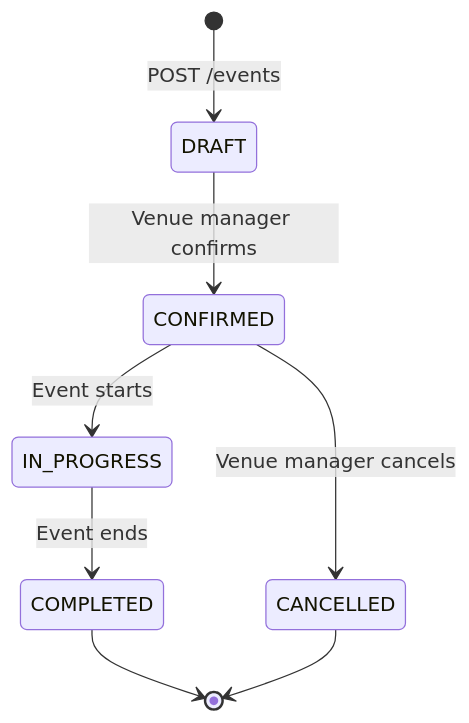
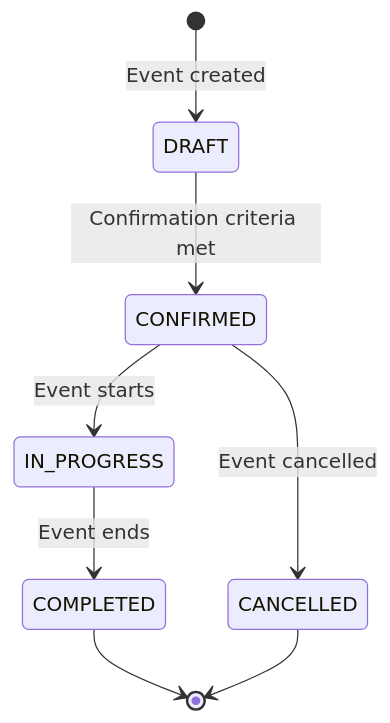
The fourth of 4 diagrams in diagrams.md (lina443/event-management-api), drawn with Mermaid before and after one commit. The commit also changed other lines of this file and 3 other files, not shown here.

````diff
--- a/diagrams.md
+++ b/diagrams.md
@@ -37,10 +83,10 @@
 ```mermaid
 stateDiagram-v2
-    [*] --> DRAFT: POST /events
-    DRAFT --> CONFIRMED: Venue manager confirms
+    [*] --> DRAFT: Event created
+    DRAFT --> CONFIRMED: Confirmation criteria met
     CONFIRMED --> IN_PROGRESS: Event starts
-    CONFIRMED --> CANCELLED: Venue manager cancels
     IN_PROGRESS --> COMPLETED: Event ends
+    CONFIRMED --> CANCELLED: Event cancelled
     COMPLETED --> [*]
     CANCELLED --> [*]
 ```
````
